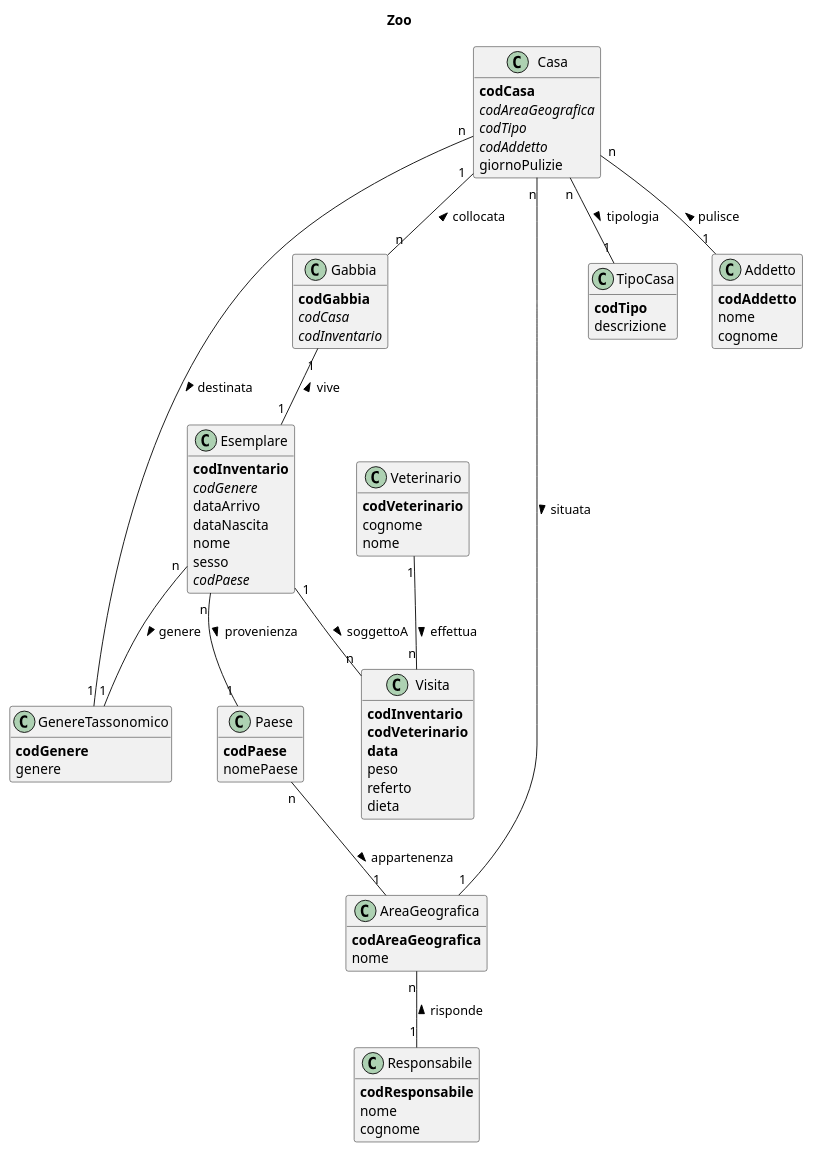
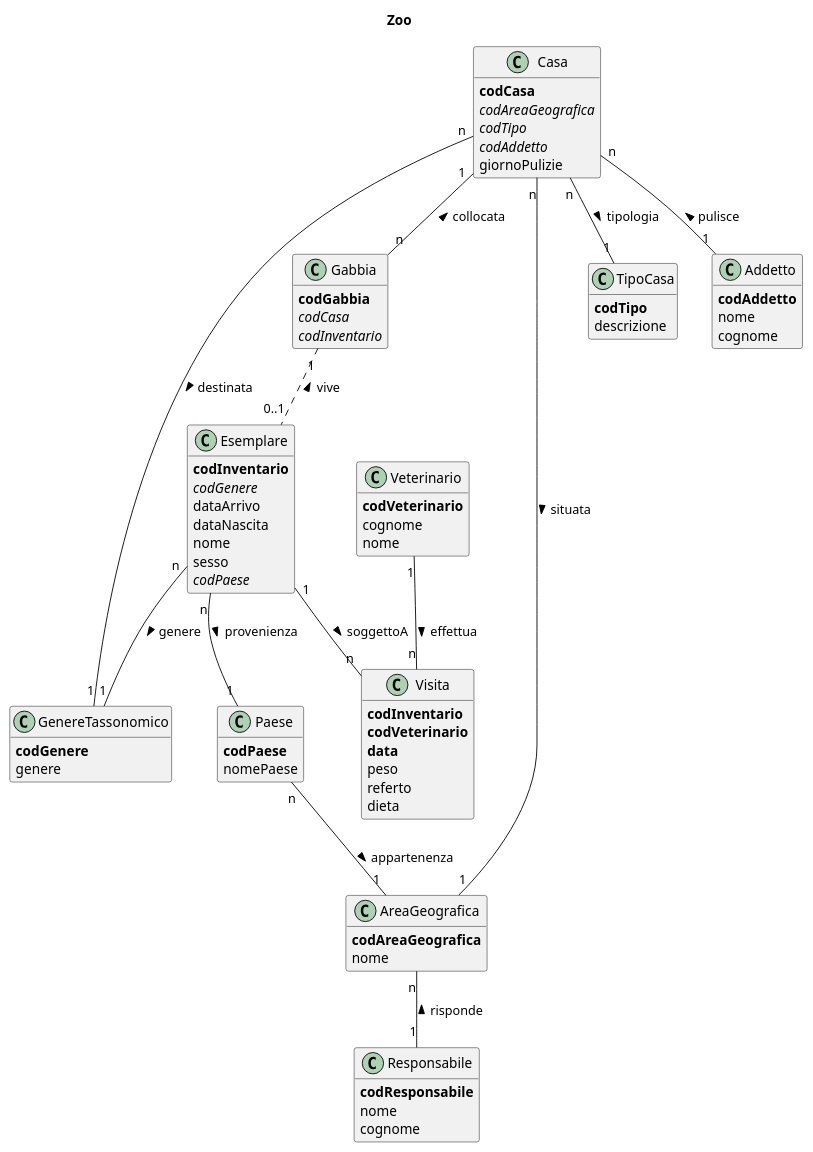
The first of 3 diagrams in Albano_Ghelli_Orsini__FondamentiDiBasiDiDati/esercizi_interessanti.md (gionatamassibenincasa/database-didattici), drawn with PlantUML before and after one commit. The commit also changed other lines of this file, not shown here.

```diff
--- a/Albano_Ghelli_Orsini__FondamentiDiBasiDiDati/esercizi_interessanti.md
+++ b/Albano_Ghelli_Orsini__FondamentiDiBasiDiDati/esercizi_interessanti.md
@@ -98,7 +98,7 @@
 }
 
 Casa "1" -- "n" Gabbia : collocata <
-Gabbia "1" -- "1" Esemplare : vive <
+Gabbia "1" .. "0..1" Esemplare : vive <
 
 class Addetto {
   **codAddetto**
```
